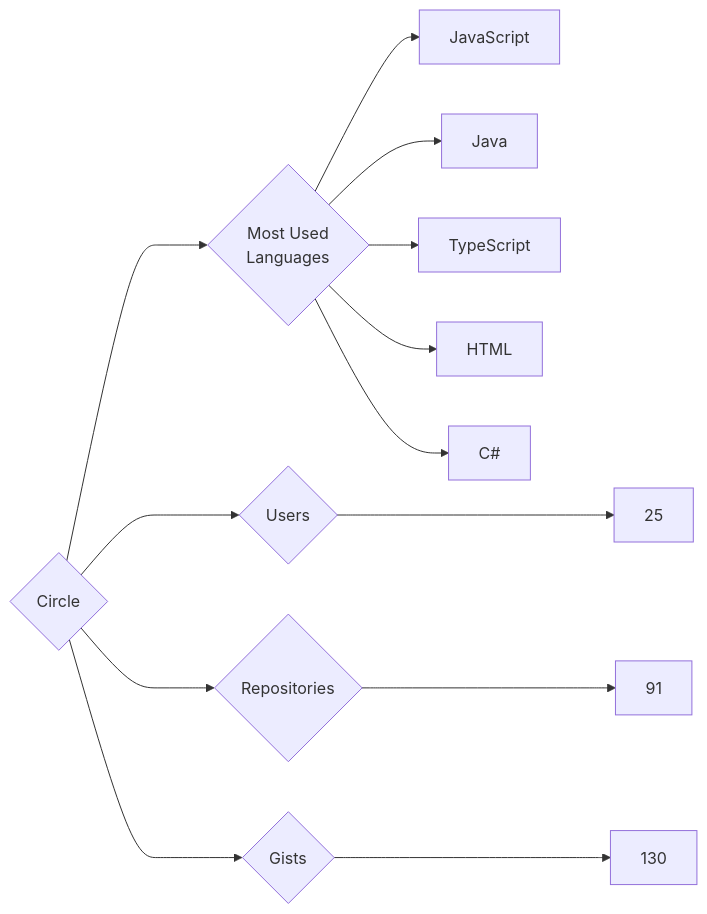
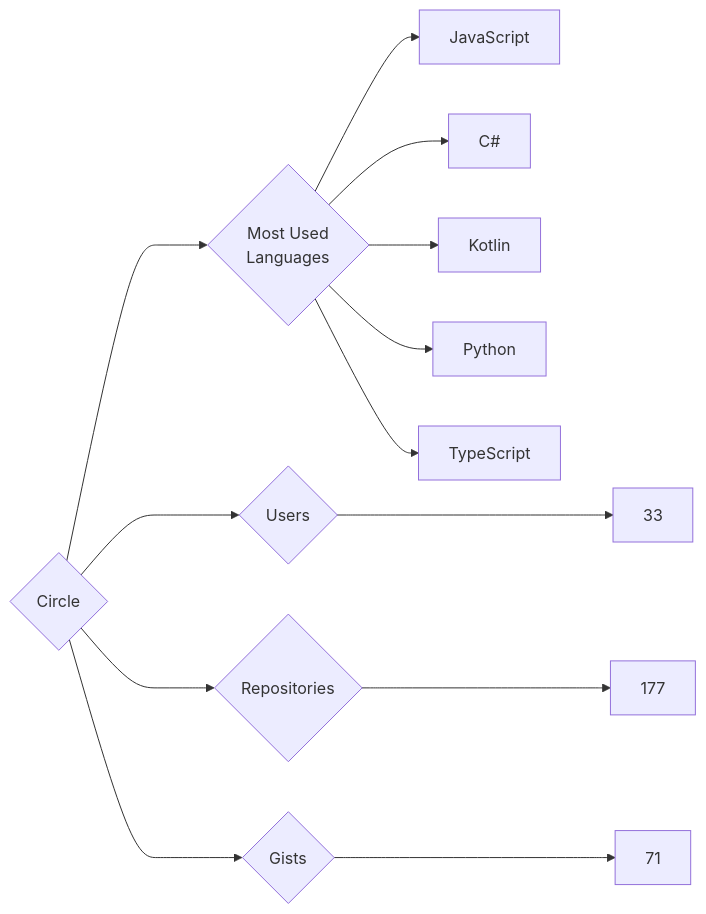
The diagram in targets/Circle/README.md (trickest/insiders), drawn with Mermaid before and after one commit. The commit also changed 888 other files, not shown here.

````diff
--- a/targets/Circle/README.md
+++ b/targets/Circle/README.md
@@ -3,13 +3,13 @@
 ```mermaid
 graph LR
 COMPANY_NAME{Circle}
-COMPANY_NAME ---> U{Users} ---> UN[25]
-COMPANY_NAME ---> R{Repositories} ---> RN[91]
-COMPANY_NAME ---> G{Gists} ---> GN[130]
+COMPANY_NAME ---> U{Users} ---> UN[33]
+COMPANY_NAME ---> R{Repositories} ---> RN[177]
+COMPANY_NAME ---> G{Gists} ---> GN[71]
 COMPANY_NAME ---> ML{Most Used<br>Languages}
 ML --> JavaScript[JavaScript]
-ML --> Java[Java]
+ML --> C#[C#]
+ML --> Kotlin[Kotlin]
+ML --> Python[Python]
 ML --> TypeScript[TypeScript]
-ML --> HTML[HTML]
-ML --> C#[C#]
 ```
````
